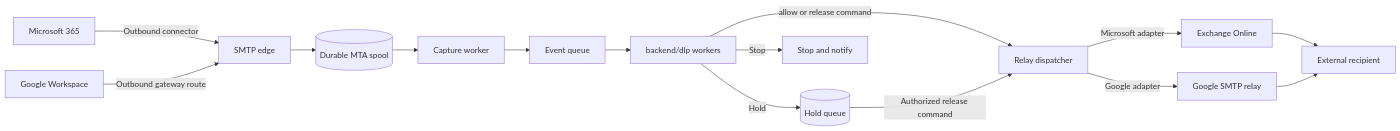
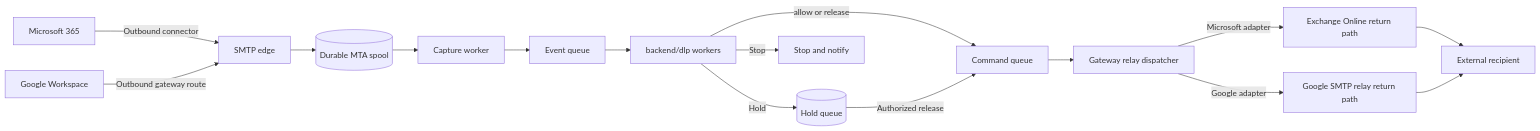
One commit to Himaya-AI/himaya-prod-azure changed the first of 10 diagrams in docs/DLP_INGRESS_GATEWAY_PLAN.md. Above: the diagram before and after it, drawn with Mermaid. The commit also changed other lines of this file and 1 other file, not shown here.

First line of the commit message:
Document shared Himaya Azure resources and fix DLP architecture diagrams.

````diff
--- a/docs/DLP_INGRESS_GATEWAY_PLAN.md
+++ b/docs/DLP_INGRESS_GATEWAY_PLAN.md
@@ -33,21 +34,21 @@
 ```mermaid
 flowchart LR
     M365[Microsoft 365] -->|Outbound connector| Edge[SMTP edge]
     Google[Google Workspace] -->|Outbound gateway route| Edge
 
     Edge --> Spool[(Durable MTA spool)]
     Spool --> Capture[Capture worker]
     Capture --> Events[Event queue]
     Events --> Backend[backend/dlp workers]
-    Backend -->|allow or release command| Relay[Relay dispatcher]
-
+    Backend -->|allow or release| Commands[Command queue]
     Backend -->|Hold| Hold[(Hold queue)]
     Backend -->|Stop| Stop[Stop and notify]
-    Hold -->|Authorized release command| Relay
+    Hold -->|Authorized release| Commands
+    Commands --> Relay[Gateway relay dispatcher]
 
-    Relay -->|Microsoft adapter| Exchange[Exchange Online]
-    Relay -->|Google adapter| GmailRelay[Google SMTP relay]
+    Relay -->|Microsoft adapter| Exchange[Exchange Online return path]
+    Relay -->|Google adapter| GmailRelay[Google SMTP relay return path]
 
     Exchange --> Recipient[External recipient]
     GmailRelay --> Recipient
 ```
````
